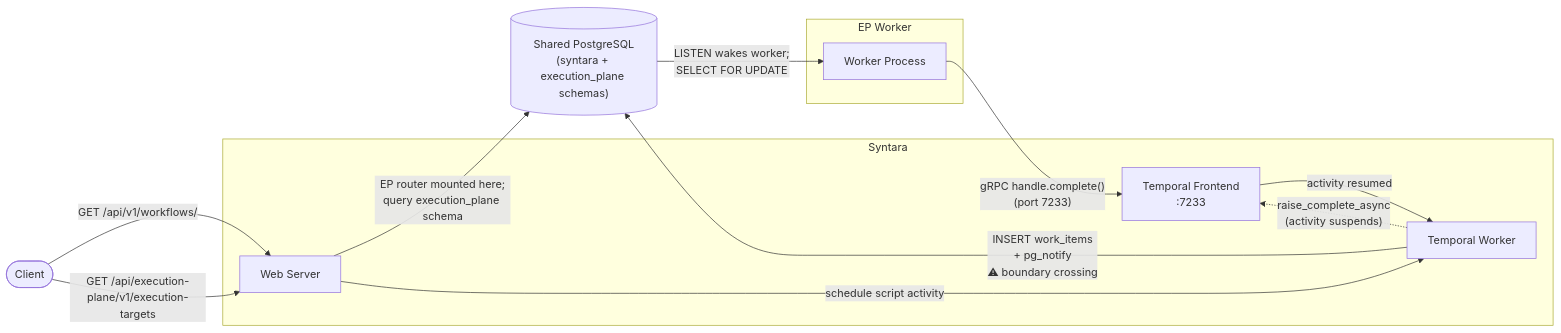
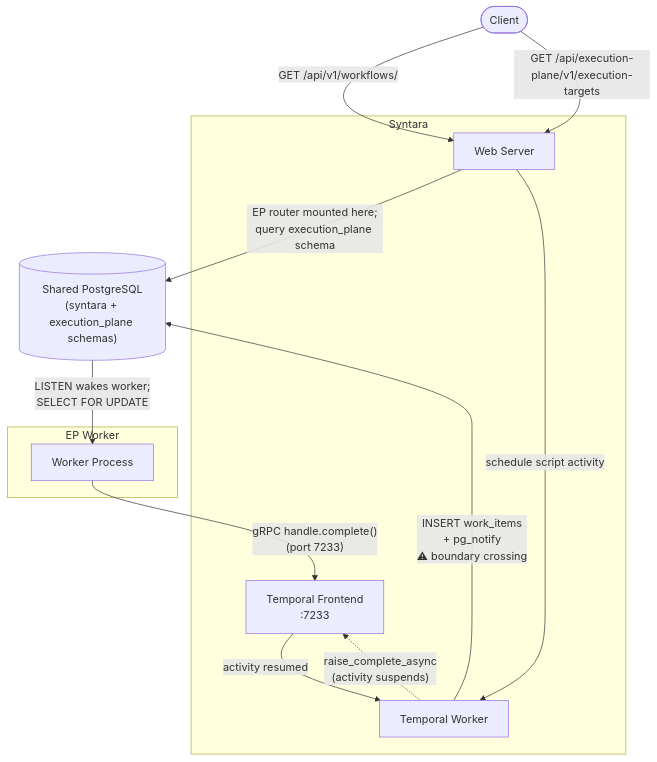
One commit to AlanCoding/syntara changed the first of 2 diagrams in backend/docs/execution-plane-integration.md. Above: the diagram before and after it, drawn with Mermaid. The commit also changed other lines of this file, not shown here.

Commit message:
docs(ep): switch diagrams from LR to TD layout for readability

````diff
--- a/backend/docs/execution-plane-integration.md
+++ b/backend/docs/execution-plane-integration.md
@@ -23,27 +23,27 @@
 ```mermaid
-flowchart LR
+flowchart TD
     C([Client])
     DB[("Shared PostgreSQL\n(syntara + execution_plane schemas)")]
 
     subgraph syn["Syntara"]
         SW["Web Server"]
         STW["Temporal Worker"]
         T["Temporal Frontend\n:7233"]
     end
 
     subgraph ep["EP Worker"]
         EPW["Worker Process"]
     end
 
     C -->|"GET /api/v1/workflows/"| SW
     C -->|"GET /api/execution-plane/v1/execution-targets"| SW
     SW -->|"EP router mounted here;\nquery execution_plane schema"| DB
 
     SW -->|"schedule script activity"| STW
     STW -->|"INSERT work_items\n+ pg_notify\n⚠ boundary crossing"| DB
     STW -.->|"raise_complete_async\n(activity suspends)"| T
 
     DB -->|"LISTEN wakes worker;\nSELECT FOR UPDATE"| EPW
     EPW -->|"gRPC handle.complete()\n(port 7233)"| T
     T -->|"activity resumed"| STW
 ```
````
